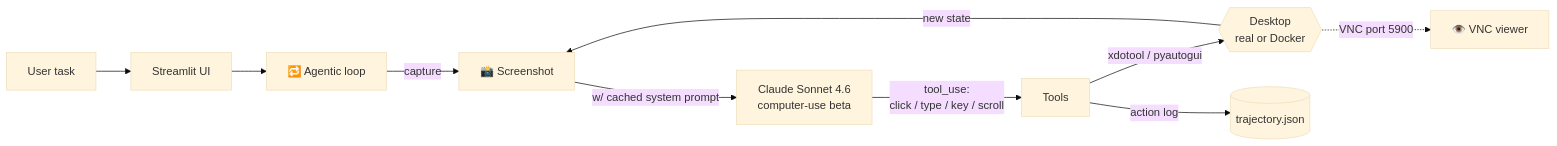
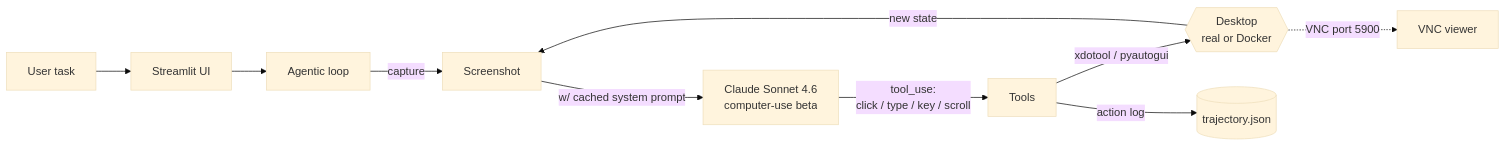
One commit to Danush-Aries/computer-use-agent changed the diagram in README.md. Above: the diagram before and after it, drawn with Mermaid (base theme). The commit also changed other lines of this file, not shown here.

````diff
--- a/README.md
+++ b/README.md
@@ -20,12 +47,12 @@
 ```mermaid
 flowchart LR
     U[User task] --> UI[Streamlit UI]
-    UI --> L[🔁 Agentic loop]
-    L -->|capture| SS[📸 Screenshot]
+    UI --> L[Agentic loop]
+    L -->|capture| SS[Screenshot]
     SS -->|w/ cached system prompt| C[Claude Sonnet 4.6<br/>computer-use beta]
     C -->|tool_use:<br/>click / type / key / scroll| T[Tools]
     T -->|xdotool / pyautogui| DESK{{Desktop<br/>real or Docker}}
     DESK -->|new state| SS
     T -->|action log| TJ[(trajectory.json)]
-    DESK -.->|VNC port 5900| VIEW[👁️ VNC viewer]
+    DESK -.->|VNC port 5900| VIEW[VNC viewer]
 ```
````
